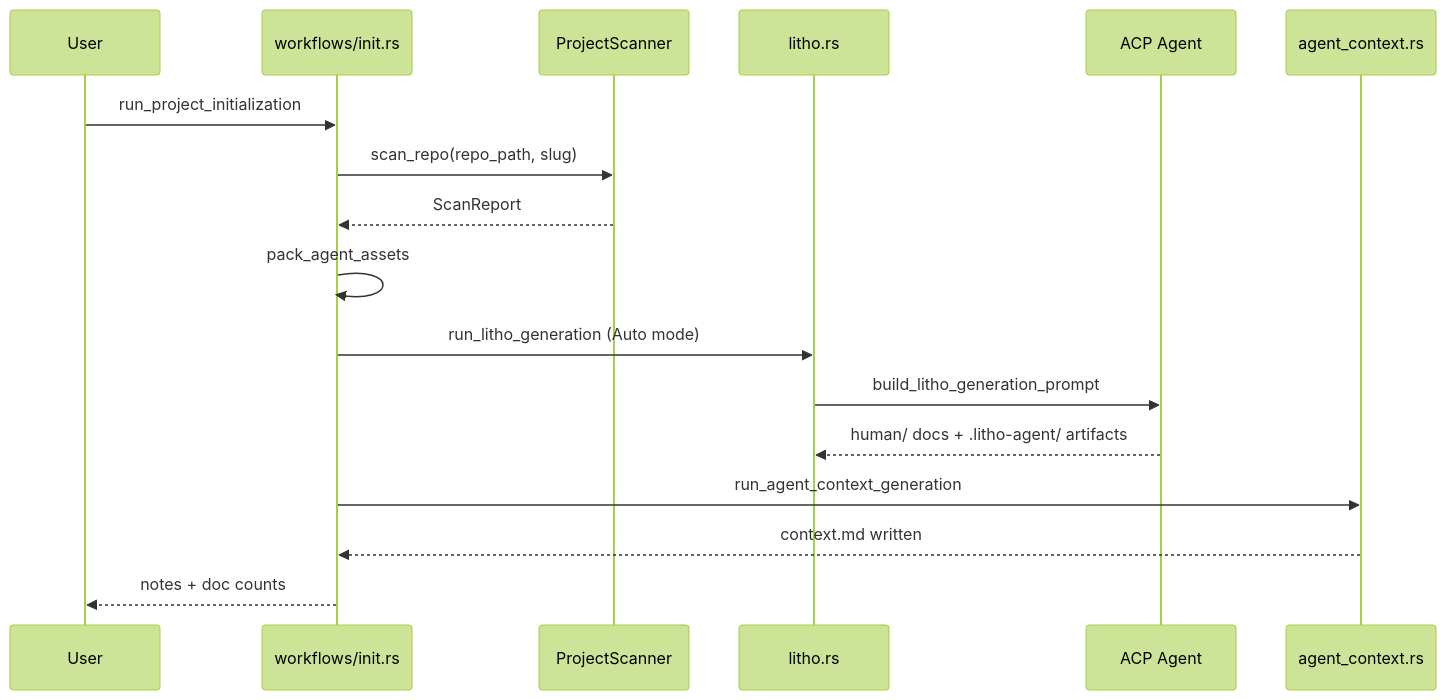
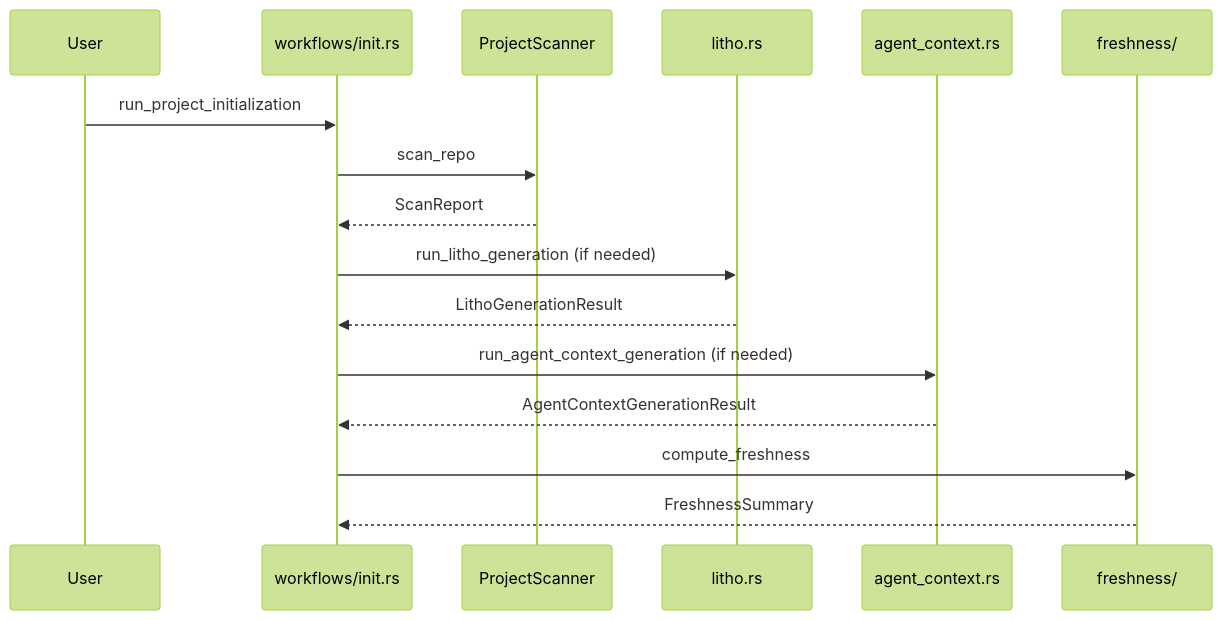
Before and after one commit to sopaco/terrain: the third of 5 diagrams in .terrain/human/3.Workflows.md, drawn with Mermaid (forest theme). The commit also changed other lines of this file and 12 other files, not shown here.

````diff
--- a/.terrain/human/3.Workflows.md
+++ b/.terrain/human/3.Workflows.md
@@ -63,20 +61,19 @@
 ```mermaid
 sequenceDiagram
-    participant User
+    participant U as User
     participant Init as workflows/init.rs
-    participant Scanner as ProjectScanner
+    participant Scan as ProjectScanner
     participant Litho as litho.rs
-    participant ACP as ACP Agent
-    participant CtxGen as agent_context.rs
+    participant Ctx as agent_context.rs
+    participant Fresh as freshness/
 
-    User->>Init: run_project_initialization
-    Init->>Scanner: scan_repo(repo_path, slug)
-    Scanner-->>Init: ScanReport
-    Init->>Init: pack_agent_assets
-    Init->>Litho: run_litho_generation (Auto mode)
-    Litho->>ACP: build_litho_generation_prompt
-    ACP-->>Litho: human/ docs + .litho-agent/ artifacts
-    Init->>CtxGen: run_agent_context_generation
-    CtxGen-->>Init: context.md written
-    Init-->>User: notes + doc counts
+    U->>Init: run_project_initialization
+    Init->>Scan: scan_repo
+    Scan-->>Init: ScanReport
+    Init->>Litho: run_litho_generation (if needed)
+    Litho-->>Init: LithoGenerationResult
+    Init->>Ctx: run_agent_context_generation (if needed)
+    Ctx-->>Init: AgentContextGenerationResult
+    Init->>Fresh: compute_freshness
+    Fresh-->>Init: FreshnessSummary
 ```
````
